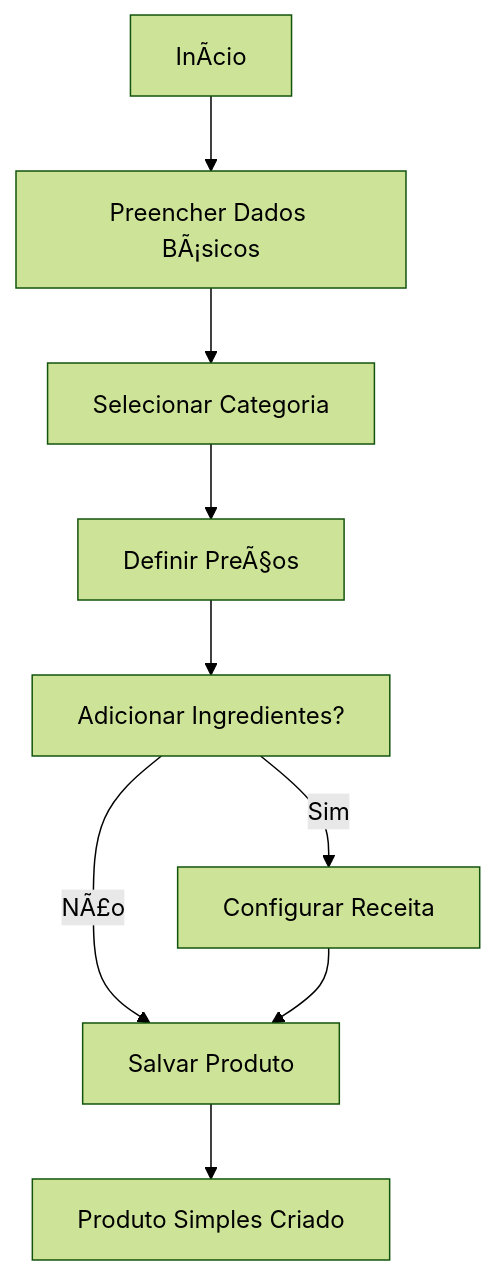
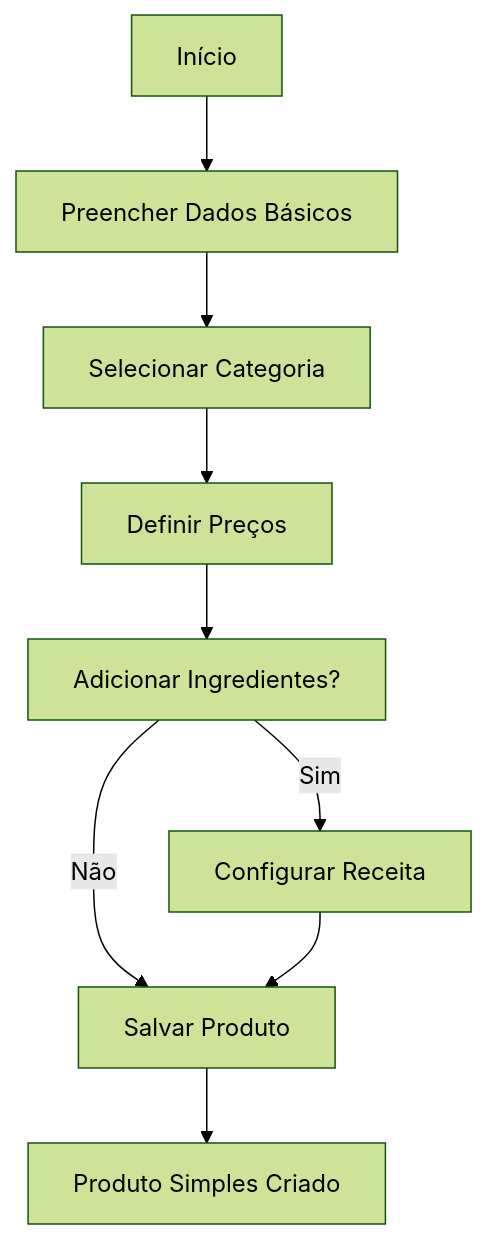
One commit to igor-spalenza/GesN changed the first of 5 diagrams in GesN.Web/Context/DOMAIN CONTEXTS/README.md. Above: the diagram before and after it, drawn with Mermaid (forest theme). The commit also changed other lines of this file and 10 other files, not shown here.

````diff
--- a/GesN.Web/Context/DOMAIN CONTEXTS/README.md
+++ b/GesN.Web/Context/DOMAIN CONTEXTS/README.md
@@ -389,11 +389,11 @@
 ```mermaid
 graph TD
-    A[InÃ­cio] --> B[Preencher Dados BÃ¡sicos]
+    A[Início] --> B[Preencher Dados Básicos]
     B --> C[Selecionar Categoria]
-    C --> D[Definir PreÃ§os]
+    C --> D[Definir Preços]
     D --> E[Adicionar Ingredientes?]
     E -->|Sim| F[Configurar Receita]
-    E -->|NÃ£o| G[Salvar Produto]
+    E -->|Não| G[Salvar Produto]
     F --> G
     G --> H[Produto Simples Criado]
 ```
````
